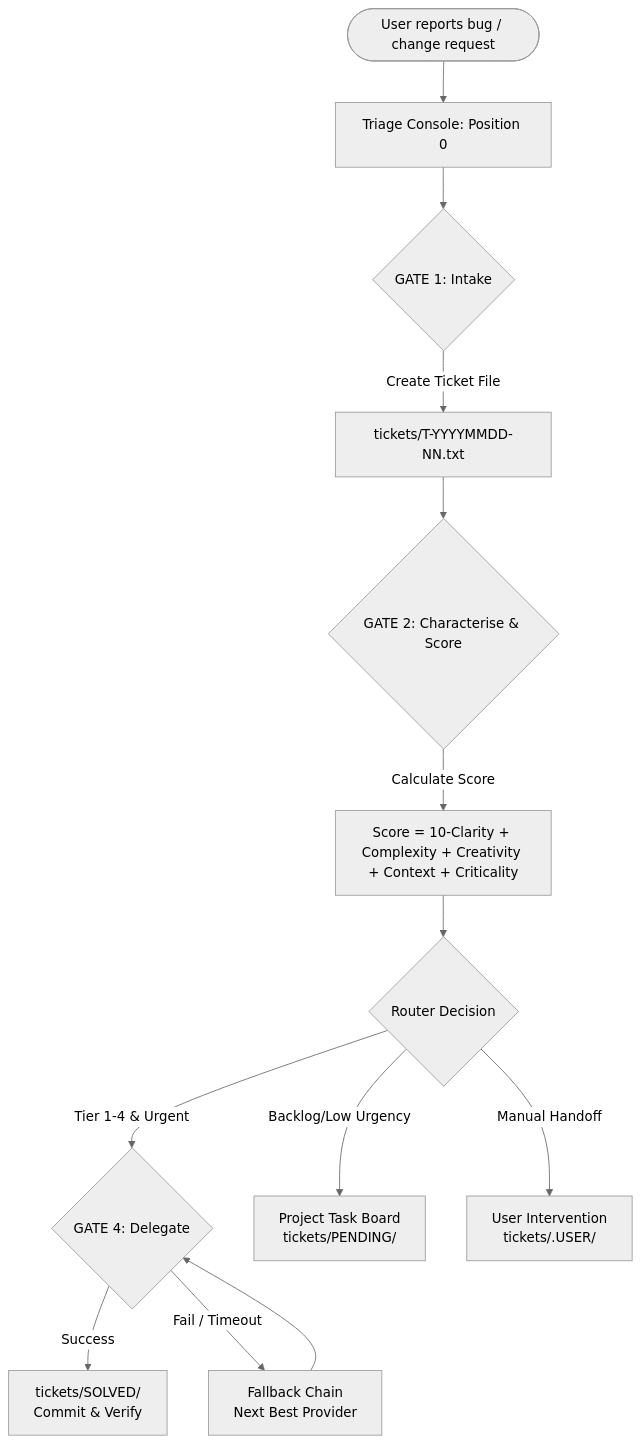
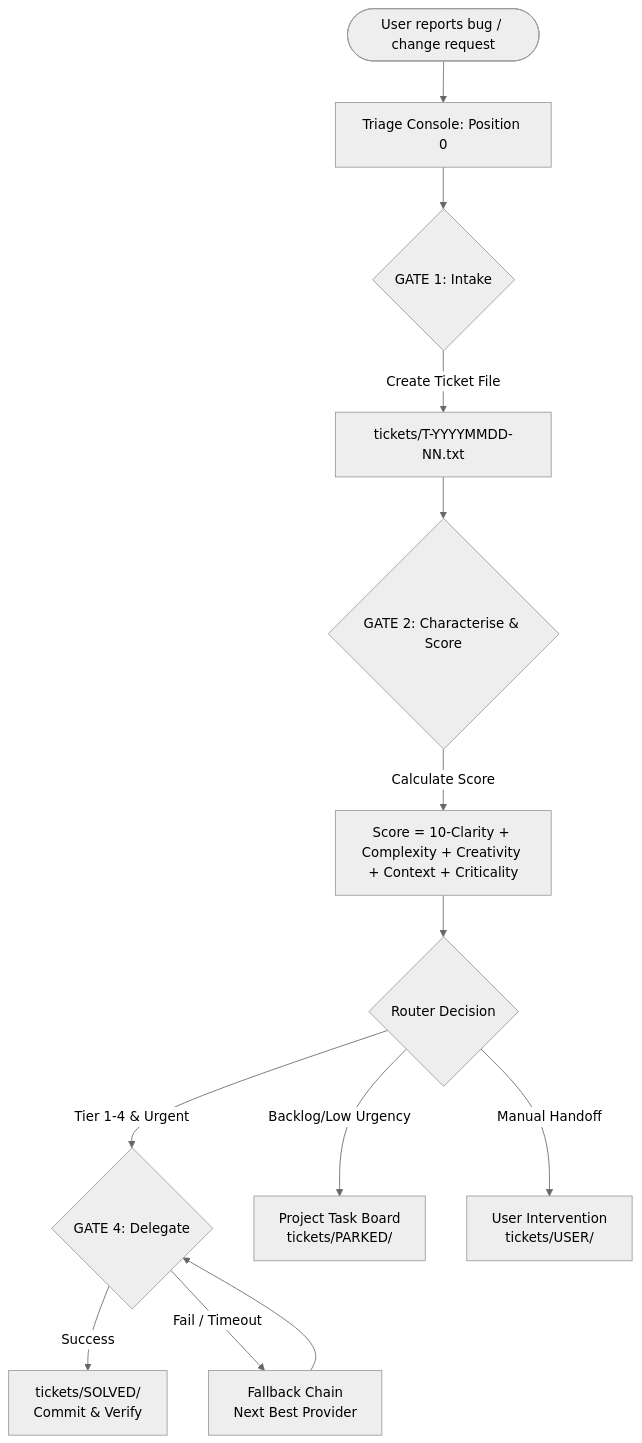
The diagram in README.md (dev-bricks/ticket-master), drawn with Mermaid (neutral theme) before and after one commit. The commit also changed other lines of this file and 18 other files, not shown here.

````diff
--- a/README.md
+++ b/README.md
@@ -57,17 +57,17 @@
 ```mermaid
 graph TD
     User([User reports bug / change request]) --> Position0[Triage Console: Position 0]
     Position0 --> GATE1{GATE 1: Intake}
     GATE1 -->|Create Ticket File| TxtFile[tickets/T-YYYYMMDD-NN.txt]
     TxtFile --> GATE2{GATE 2: Characterise & Score}
     GATE2 -->|Calculate Score| Score[Score = 10-Clarity + Complexity + Creativity + Context + Criticality]
     Score --> Router{Router Decision}
     
     Router -->|Tier 1-4 & Urgent| GATE4{GATE 4: Delegate}
-    Router -->|Backlog/Low Urgency| TaskDB[Project Task Board<br>tickets/PENDING/]
-    Router -->|Manual Handoff| UserHandoff[User Intervention<br>tickets/.USER/]
+    Router -->|Backlog/Low Urgency| TaskDB[Project Task Board<br>tickets/PARKED/]
+    Router -->|Manual Handoff| UserHandoff[User Intervention<br>tickets/USER/]
     
     GATE4 -->|Success| Solved[tickets/SOLVED/<br>Commit & Verify]
     GATE4 -->|Fail / Timeout| Fallback[Fallback Chain<br>Next Best Provider]
     Fallback --> GATE4
 ```
````
